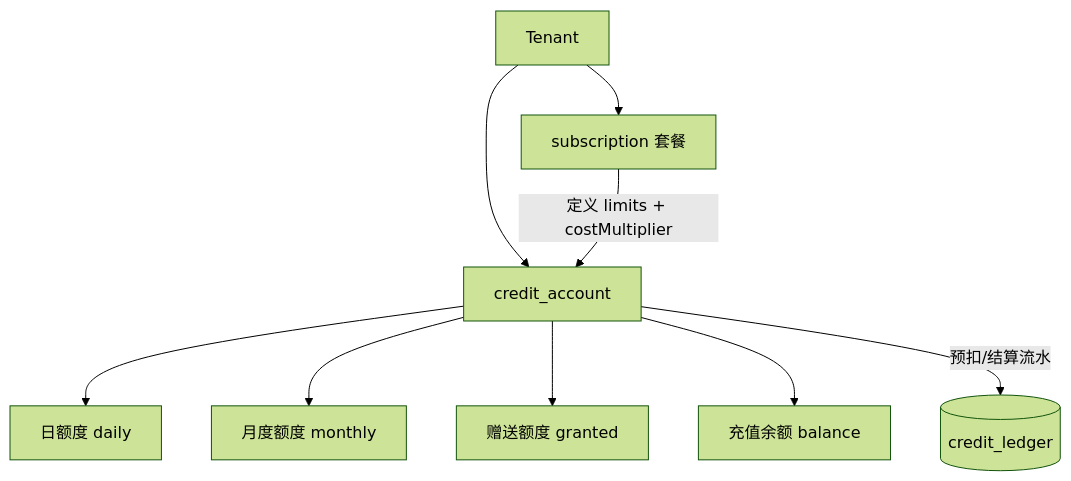
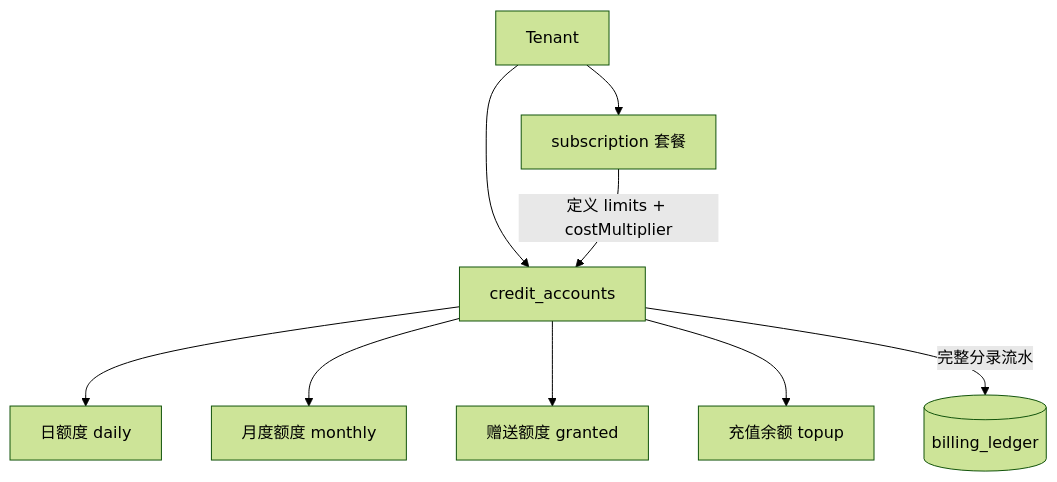
One commit to edward-ng-duke/LobsterAI changed the third of 8 diagrams in 改造计划/09-模型代理与计费.md. Above: the diagram before and after it, drawn with Mermaid (forest theme). The commit also changed other lines of this file and 27 other files, not shown here.

````diff
--- a/改造计划/09-模型代理与计费.md
+++ b/改造计划/09-模型代理与计费.md
@@ -216,11 +230,11 @@
 ```mermaid
 graph TD
-  T[Tenant] --> A[credit_account]
+  T[Tenant] --> A[credit_accounts]
   A --> D[日额度 daily]
   A --> M[月度额度 monthly]
   A --> F[赠送额度 granted]
-  A --> B[充值余额 balance]
+  A --> B[充值余额 topup]
   T --> S[subscription 套餐]
   S -->|定义 limits + costMultiplier| A
-  A -->|预扣/结算流水| L[(credit_ledger)]
+  A -->|完整分录流水| L[(billing_ledger)]
 ```
````
